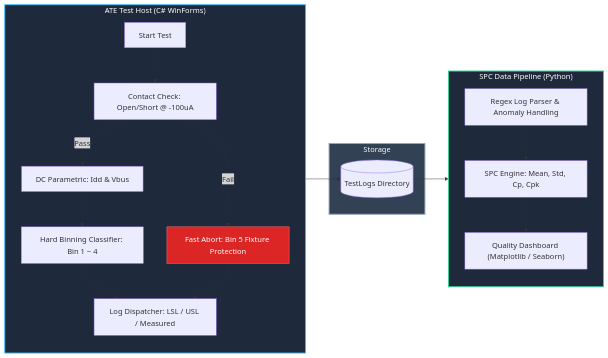
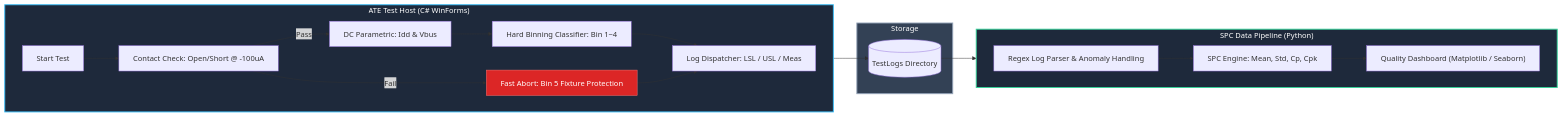
The diagram in README.md (waynewang168/Semiconductor-ATE-Control-and-SPC_up), drawn with Mermaid before and after one commit.

````diff
--- a/README.md
+++ b/README.md
@@ -13,32 +13,32 @@
 ```mermaid
 flowchart LR
     subgraph Host["ATE Test Host (C# WinForms)"]
-        direction TB
-        A["Start Test"] --> B["Contact Check: Open/Short @ -100uA"]
-        B -- Fail --> B5["Fast Abort: Bin 5 Fixture Protection"]
-        B -- Pass --> C["DC Parametric: Idd & Vbus"]
-        C --> D["Hard Binning Classifier: Bin 1 ~ 4"]
-        D --> E["Log Dispatcher: LSL / USL / Measured"]
+        direction LR
+        A["Start&nbsp;Test"] --> B["Contact&nbsp;Check:&nbsp;Open/Short&nbsp;@&nbsp;-100uA"]
+        B -- Fail --> B5["Fast&nbsp;Abort:&nbsp;Bin&nbsp;5&nbsp;Fixture&nbsp;Protection"]
+        B -- Pass --> C["DC&nbsp;Parametric:&nbsp;Idd&nbsp;&amp;&nbsp;Vbus"]
+        C --> D["Hard&nbsp;Binning&nbsp;Classifier:&nbsp;Bin&nbsp;1~4"]
+        D --> E["Log&nbsp;Dispatcher:&nbsp;LSL&nbsp;/&nbsp;USL&nbsp;/&nbsp;Meas"]
         B5 --> E
     end
 
     subgraph Storage["Storage"]
-        F[("TestLogs Directory")]
+        F[("TestLogs&nbsp;Directory")]
     end
 
     subgraph Analytics["SPC Data Pipeline (Python)"]
-        direction TB
-        G["Regex Log Parser & Anomaly Handling"]
-        H["SPC Engine: Mean, Std, Cp, Cpk"]
-        I["Quality Dashboard (Matplotlib / Seaborn)"]
+        direction LR
+        G["Regex&nbsp;Log&nbsp;Parser&nbsp;&amp;&nbsp;Anomaly&nbsp;Handling"]
+        H["SPC&nbsp;Engine:&nbsp;Mean,&nbsp;Std,&nbsp;Cp,&nbsp;Cpk"]
+        I["Quality&nbsp;Dashboard&nbsp;(Matplotlib&nbsp;/&nbsp;Seaborn)"]
         G --> H --> I
     end
 
     E --> F
     F --> G
 
     style Host fill:#1e293b,stroke:#38bdf8,stroke-width:2px,color:#fff
     style Analytics fill:#1e293b,stroke:#34d399,stroke-width:2px,color:#fff
     style Storage fill:#334155,stroke:#94a3b8,stroke-width:2px,color:#fff
     style B5 fill:#dc2626,stroke:#f87171,color:#fff
 ```
````
